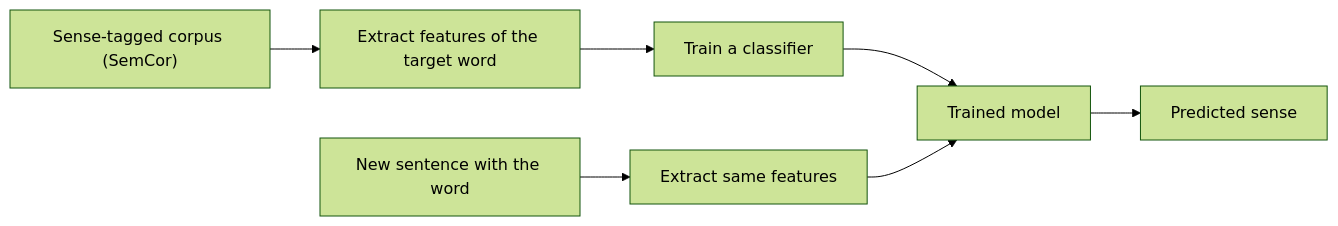
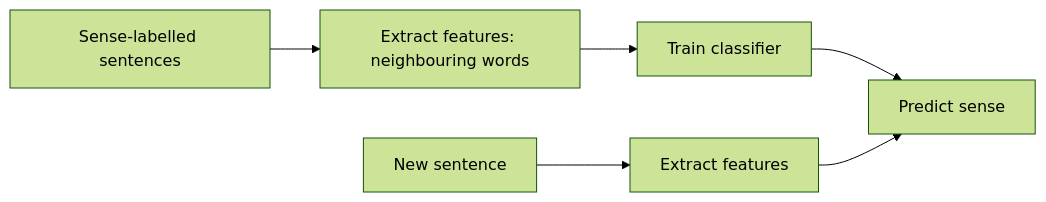
One commit to TrendySloth1001/sem-seven-notes changed the diagram in content/natural-language-processing/pyq/2024-12-ce/q4a.mdx. Above: the diagram before and after it, drawn with Mermaid (forest theme). The commit also changed other lines of this file and 406 other files, not shown here.

````diff
--- a/content/natural-language-processing/pyq/2024-12-ce/q4a.mdx
+++ b/content/natural-language-processing/pyq/2024-12-ce/q4a.mdx
@@ -9,10 +19,9 @@
 ```mermaid
-%% caption: Supervised WSD has a training phase on sense-tagged text and a testing phase on new sentences.
+%% caption: Supervised WSD: train on sense-labelled sentences, then predict the sense of a new sentence.
 flowchart LR
-  A["Sense-tagged corpus (SemCor)"] --> B["Extract features of the target word"]
-  B --> C["Train a classifier"]
-  C --> D["Trained model"]
-  E["New sentence with the word"] --> F["Extract same features"]
-  F --> D
-  D --> G["Predicted sense"]
+  A["Sense-labelled sentences"] --> B["Extract features: neighbouring words"]
+  B --> C["Train classifier"]
+  D["New sentence"] --> E["Extract features"]
+  C --> F["Predict sense"]
+  E --> F
 ```
````
